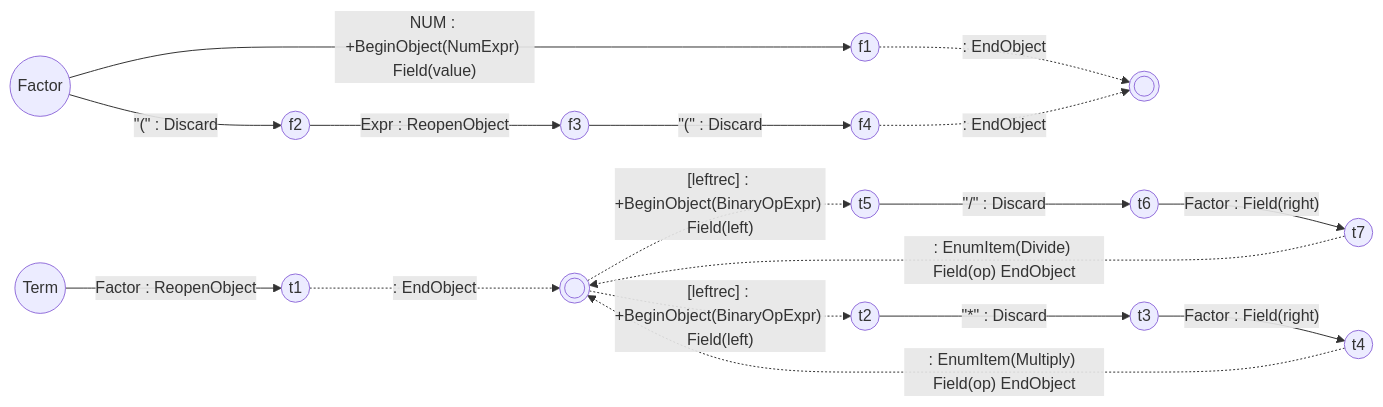
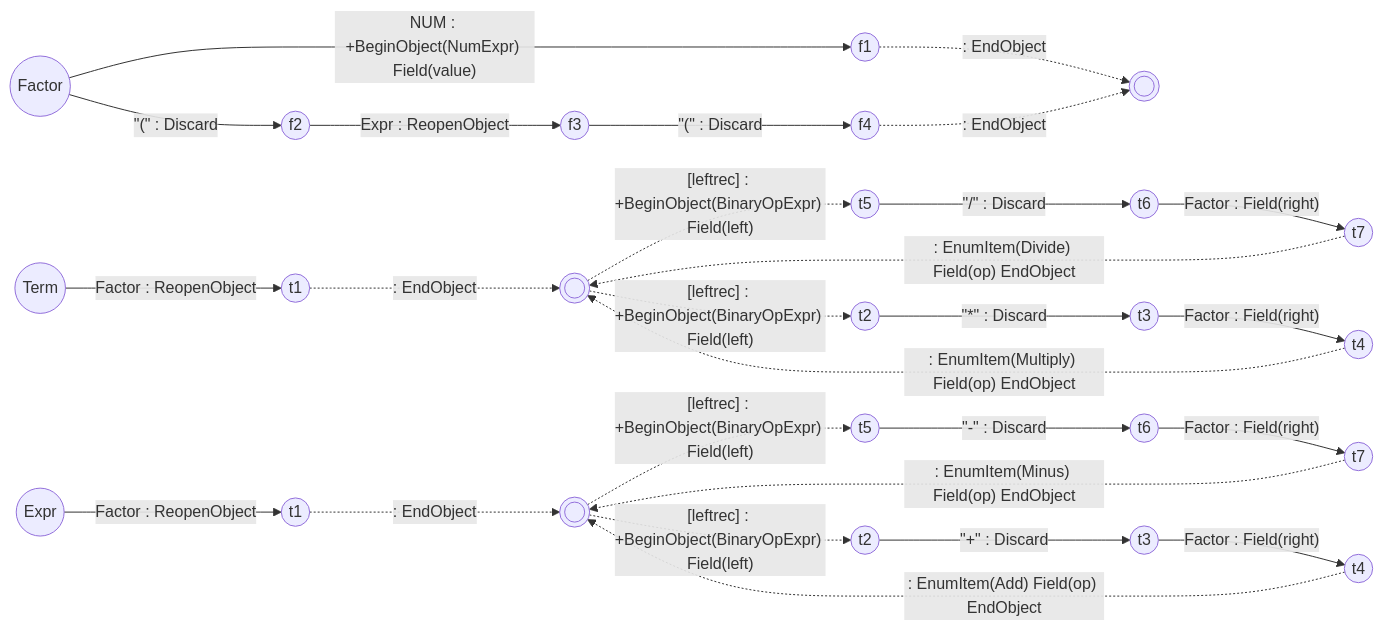
One commit to vczh-websites/vczh changed the ninth of 9 diagrams in Blog/GLR-Refactoring/Mermaid.md. Above: the diagram before and after it, drawn with Mermaid. The commit also changed other lines of this file, not shown here.

````diff
--- a/Blog/GLR-Refactoring/Mermaid.md
+++ b/Blog/GLR-Refactoring/Mermaid.md
@@ -108,20 +107,31 @@
 ```mermaid
 graph LR
   fS((Factor))-- NUM : +BeginObject(NumExpr) Field(value) --> f1
   f1((f1))-. : EndObject .->fE((( )))
   fS-- #quot;(#quot; : Discard --> f2
   f2((f2))-- Expr : ReopenObject --> f3
   f3((f3))-- #quot;(#quot; : Discard -->f4
   f4((f4))-. : EndObject .->fE
 
   tS((Term))-- Factor : ReopenObject --> t1
   t1((t1))-. : EndObject .->tE((( )))
   t2((t2))-- #quot;*#quot; : Discard -->t3
   t3((t3))-- Factor : Field(right) --> t4
   t4((t4))-. : EnumItem(Multiply) Field(op) EndObject .->tE
   tE-. [leftrec] : +BeginObject(BinaryOpExpr) Field(left) .->t5
   t5((t5))-- #quot;/#quot; : Discard -->t6
   t6((t6))-- Factor : Field(right) --> t7
   t7((t7))-. : EnumItem(Divide) Field(op) EndObject .->tE
   tE-. [leftrec] : +BeginObject(BinaryOpExpr) Field(left) .->t2
+
+  eS((Expr))-- Factor : ReopenObject --> e1
+  e1((t1))-. : EndObject .->eE((( )))
+  e2((t2))-- #quot;+#quot; : Discard -->e3
+  e3((t3))-- Factor : Field(right) --> e4
+  e4((t4))-. : EnumItem(Add) Field(op) EndObject .->eE
+  eE-. [leftrec] : +BeginObject(BinaryOpExpr) Field(left) .->e5
+  e5((t5))-- #quot;-#quot; : Discard -->e6
+  e6((t6))-- Factor : Field(right) --> e7
+  e7((t7))-. : EnumItem(Minus) Field(op) EndObject .->eE
+  eE-. [leftrec] : +BeginObject(BinaryOpExpr) Field(left) .->e2
 ```
````
